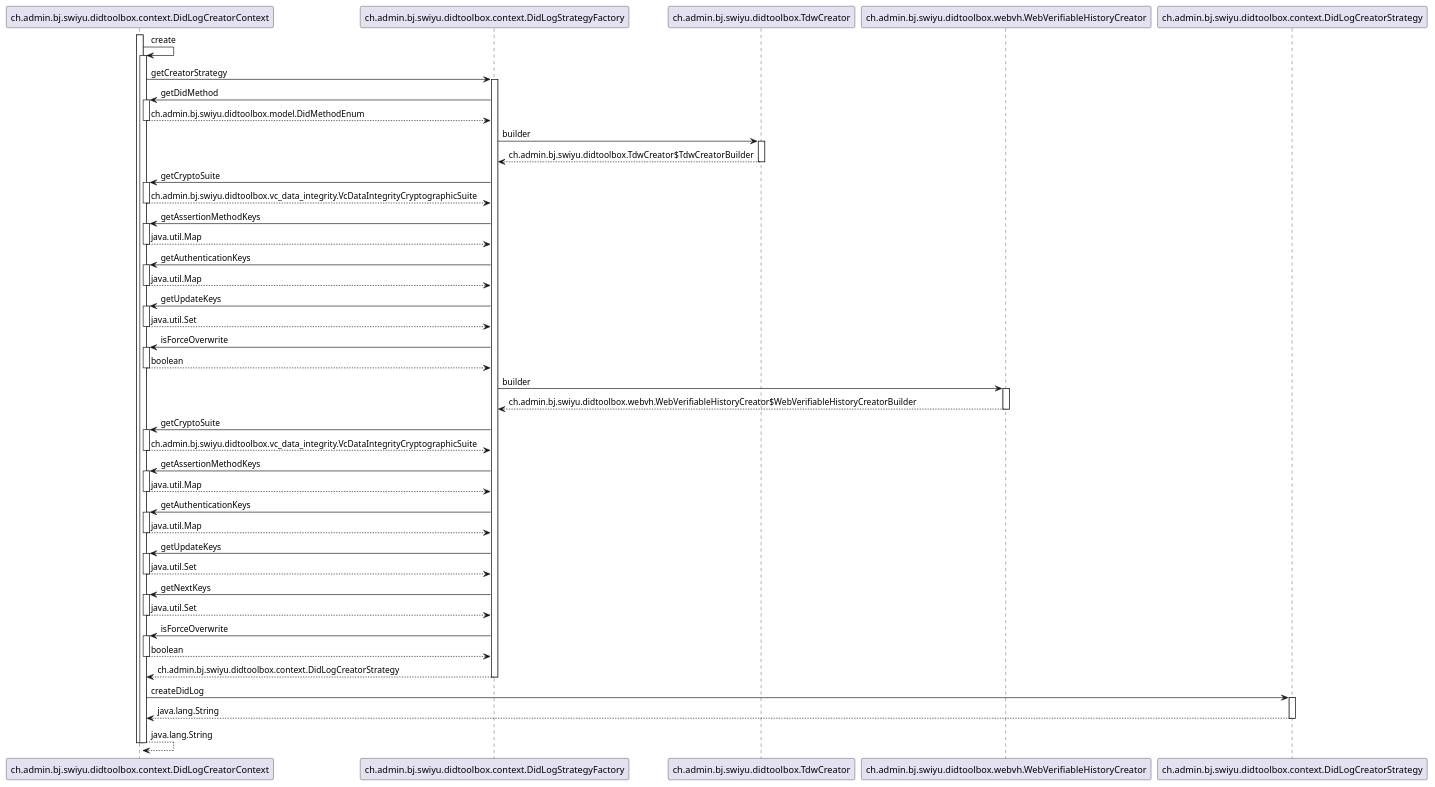
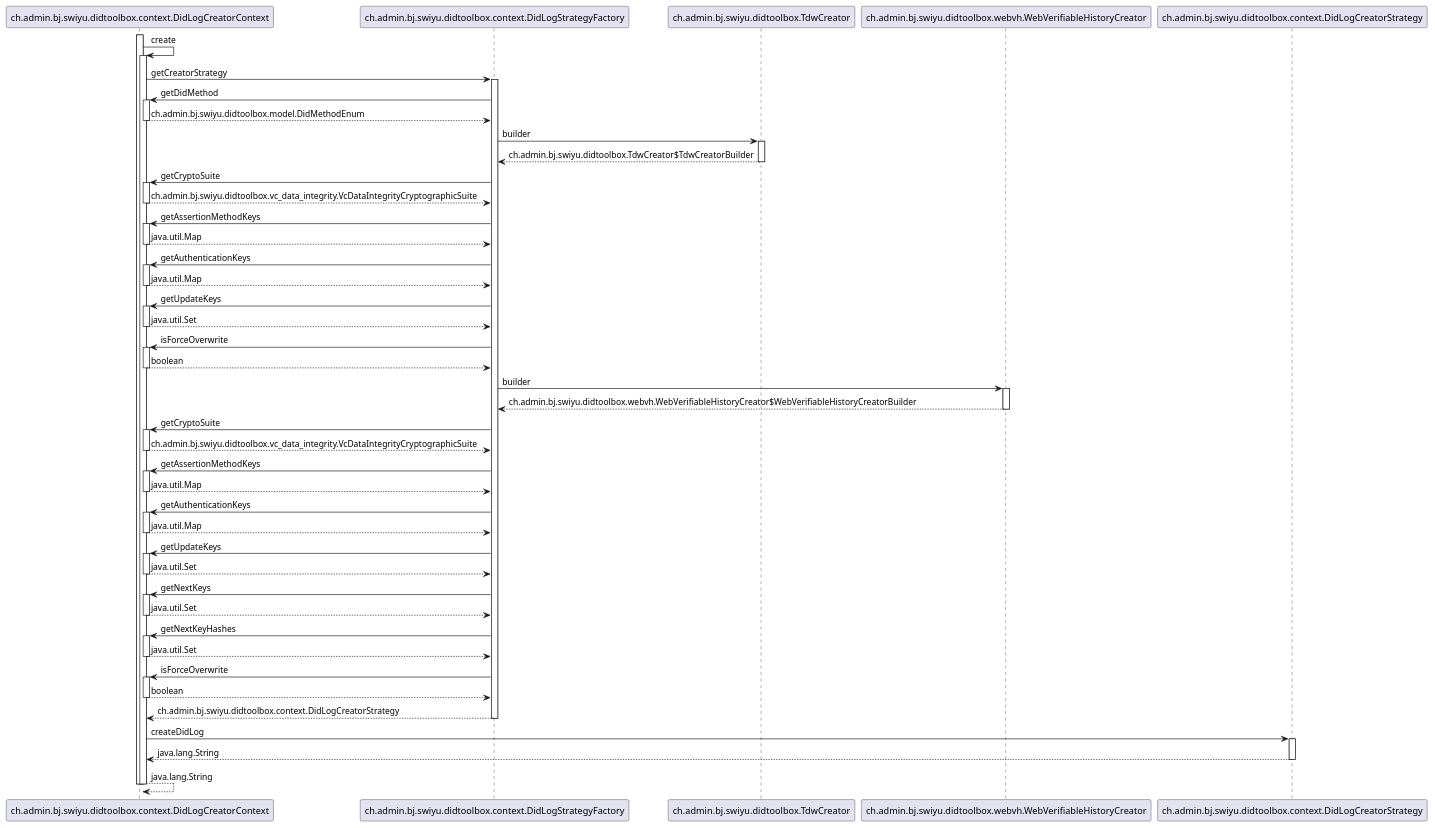
Before and after one commit to swiyu-admin-ch/didtoolbox-java: the diagram in src/main/plantuml/DidLogCreatorContext-create.puml, drawn with PlantUML. The commit also changed 21 other files, not shown here.

Commit message:
EIDOMNI-450: nextKeyHashes(Set<NextKeyHashSource>) class member introduced for DidLog[Creator|Updater]Context

```diff
--- a/src/main/plantuml/DidLogCreatorContext-create.puml
+++ b/src/main/plantuml/DidLogCreatorContext-create.puml
@@ -2,80 +2,84 @@
 @startuml
 
 participant ch.admin.bj.swiyu.didtoolbox.context.DidLogCreatorContext
 participant ch.admin.bj.swiyu.didtoolbox.context.DidLogStrategyFactory
 participant ch.admin.bj.swiyu.didtoolbox.TdwCreator
 participant ch.admin.bj.swiyu.didtoolbox.webvh.WebVerifiableHistoryCreator
 participant ch.admin.bj.swiyu.didtoolbox.context.DidLogCreatorStrategy
 
 activate ch.admin.bj.swiyu.didtoolbox.context.DidLogCreatorContext
 	ch.admin.bj.swiyu.didtoolbox.context.DidLogCreatorContext -> ch.admin.bj.swiyu.didtoolbox.context.DidLogCreatorContext : create
 	activate ch.admin.bj.swiyu.didtoolbox.context.DidLogCreatorContext
 		ch.admin.bj.swiyu.didtoolbox.context.DidLogCreatorContext -> ch.admin.bj.swiyu.didtoolbox.context.DidLogStrategyFactory : getCreatorStrategy
 		activate ch.admin.bj.swiyu.didtoolbox.context.DidLogStrategyFactory
 			ch.admin.bj.swiyu.didtoolbox.context.DidLogStrategyFactory -> ch.admin.bj.swiyu.didtoolbox.context.DidLogCreatorContext : getDidMethod
 			activate ch.admin.bj.swiyu.didtoolbox.context.DidLogCreatorContext
 				ch.admin.bj.swiyu.didtoolbox.context.DidLogCreatorContext --> ch.admin.bj.swiyu.didtoolbox.context.DidLogStrategyFactory : ch.admin.bj.swiyu.didtoolbox.model.DidMethodEnum
 			deactivate ch.admin.bj.swiyu.didtoolbox.context.DidLogCreatorContext
 			ch.admin.bj.swiyu.didtoolbox.context.DidLogStrategyFactory -> ch.admin.bj.swiyu.didtoolbox.TdwCreator : builder
 			activate ch.admin.bj.swiyu.didtoolbox.TdwCreator
 				ch.admin.bj.swiyu.didtoolbox.TdwCreator --> ch.admin.bj.swiyu.didtoolbox.context.DidLogStrategyFactory : ch.admin.bj.swiyu.didtoolbox.TdwCreator$TdwCreatorBuilder
 			deactivate ch.admin.bj.swiyu.didtoolbox.TdwCreator
 			ch.admin.bj.swiyu.didtoolbox.context.DidLogStrategyFactory -> ch.admin.bj.swiyu.didtoolbox.context.DidLogCreatorContext : getCryptoSuite
 			activate ch.admin.bj.swiyu.didtoolbox.context.DidLogCreatorContext
 				ch.admin.bj.swiyu.didtoolbox.context.DidLogCreatorContext --> ch.admin.bj.swiyu.didtoolbox.context.DidLogStrategyFactory : ch.admin.bj.swiyu.didtoolbox.vc_data_integrity.VcDataIntegrityCryptographicSuite
 			deactivate ch.admin.bj.swiyu.didtoolbox.context.DidLogCreatorContext
 			ch.admin.bj.swiyu.didtoolbox.context.DidLogStrategyFactory -> ch.admin.bj.swiyu.didtoolbox.context.DidLogCreatorContext : getAssertionMethodKeys
 			activate ch.admin.bj.swiyu.didtoolbox.context.DidLogCreatorContext
 				ch.admin.bj.swiyu.didtoolbox.context.DidLogCreatorContext --> ch.admin.bj.swiyu.didtoolbox.context.DidLogStrategyFactory : java.util.Map
 			deactivate ch.admin.bj.swiyu.didtoolbox.context.DidLogCreatorContext
 			ch.admin.bj.swiyu.didtoolbox.context.DidLogStrategyFactory -> ch.admin.bj.swiyu.didtoolbox.context.DidLogCreatorContext : getAuthenticationKeys
 			activate ch.admin.bj.swiyu.didtoolbox.context.DidLogCreatorContext
 				ch.admin.bj.swiyu.didtoolbox.context.DidLogCreatorContext --> ch.admin.bj.swiyu.didtoolbox.context.DidLogStrategyFactory : java.util.Map
 			deactivate ch.admin.bj.swiyu.didtoolbox.context.DidLogCreatorContext
 			ch.admin.bj.swiyu.didtoolbox.context.DidLogStrategyFactory -> ch.admin.bj.swiyu.didtoolbox.context.DidLogCreatorContext : getUpdateKeys
 			activate ch.admin.bj.swiyu.didtoolbox.context.DidLogCreatorContext
 				ch.admin.bj.swiyu.didtoolbox.context.DidLogCreatorContext --> ch.admin.bj.swiyu.didtoolbox.context.DidLogStrategyFactory : java.util.Set
 			deactivate ch.admin.bj.swiyu.didtoolbox.context.DidLogCreatorContext
 			ch.admin.bj.swiyu.didtoolbox.context.DidLogStrategyFactory -> ch.admin.bj.swiyu.didtoolbox.context.DidLogCreatorContext : isForceOverwrite
 			activate ch.admin.bj.swiyu.didtoolbox.context.DidLogCreatorContext
 				ch.admin.bj.swiyu.didtoolbox.context.DidLogCreatorContext --> ch.admin.bj.swiyu.didtoolbox.context.DidLogStrategyFactory : boolean
 			deactivate ch.admin.bj.swiyu.didtoolbox.context.DidLogCreatorContext
 			ch.admin.bj.swiyu.didtoolbox.context.DidLogStrategyFactory -> ch.admin.bj.swiyu.didtoolbox.webvh.WebVerifiableHistoryCreator : builder
 			activate ch.admin.bj.swiyu.didtoolbox.webvh.WebVerifiableHistoryCreator
 				ch.admin.bj.swiyu.didtoolbox.webvh.WebVerifiableHistoryCreator --> ch.admin.bj.swiyu.didtoolbox.context.DidLogStrategyFactory : ch.admin.bj.swiyu.didtoolbox.webvh.WebVerifiableHistoryCreator$WebVerifiableHistoryCreatorBuilder
 			deactivate ch.admin.bj.swiyu.didtoolbox.webvh.WebVerifiableHistoryCreator
 			ch.admin.bj.swiyu.didtoolbox.context.DidLogStrategyFactory -> ch.admin.bj.swiyu.didtoolbox.context.DidLogCreatorContext : getCryptoSuite
 			activate ch.admin.bj.swiyu.didtoolbox.context.DidLogCreatorContext
 				ch.admin.bj.swiyu.didtoolbox.context.DidLogCreatorContext --> ch.admin.bj.swiyu.didtoolbox.context.DidLogStrategyFactory : ch.admin.bj.swiyu.didtoolbox.vc_data_integrity.VcDataIntegrityCryptographicSuite
 			deactivate ch.admin.bj.swiyu.didtoolbox.context.DidLogCreatorContext
 			ch.admin.bj.swiyu.didtoolbox.context.DidLogStrategyFactory -> ch.admin.bj.swiyu.didtoolbox.context.DidLogCreatorContext : getAssertionMethodKeys
 			activate ch.admin.bj.swiyu.didtoolbox.context.DidLogCreatorContext
 				ch.admin.bj.swiyu.didtoolbox.context.DidLogCreatorContext --> ch.admin.bj.swiyu.didtoolbox.context.DidLogStrategyFactory : java.util.Map
 			deactivate ch.admin.bj.swiyu.didtoolbox.context.DidLogCreatorContext
 			ch.admin.bj.swiyu.didtoolbox.context.DidLogStrategyFactory -> ch.admin.bj.swiyu.didtoolbox.context.DidLogCreatorContext : getAuthenticationKeys
 			activate ch.admin.bj.swiyu.didtoolbox.context.DidLogCreatorContext
 				ch.admin.bj.swiyu.didtoolbox.context.DidLogCreatorContext --> ch.admin.bj.swiyu.didtoolbox.context.DidLogStrategyFactory : java.util.Map
 			deactivate ch.admin.bj.swiyu.didtoolbox.context.DidLogCreatorContext
 			ch.admin.bj.swiyu.didtoolbox.context.DidLogStrategyFactory -> ch.admin.bj.swiyu.didtoolbox.context.DidLogCreatorContext : getUpdateKeys
 			activate ch.admin.bj.swiyu.didtoolbox.context.DidLogCreatorContext
 				ch.admin.bj.swiyu.didtoolbox.context.DidLogCreatorContext --> ch.admin.bj.swiyu.didtoolbox.context.DidLogStrategyFactory : java.util.Set
 			deactivate ch.admin.bj.swiyu.didtoolbox.context.DidLogCreatorContext
 			ch.admin.bj.swiyu.didtoolbox.context.DidLogStrategyFactory -> ch.admin.bj.swiyu.didtoolbox.context.DidLogCreatorContext : getNextKeys
 			activate ch.admin.bj.swiyu.didtoolbox.context.DidLogCreatorContext
 				ch.admin.bj.swiyu.didtoolbox.context.DidLogCreatorContext --> ch.admin.bj.swiyu.didtoolbox.context.DidLogStrategyFactory : java.util.Set
 			deactivate ch.admin.bj.swiyu.didtoolbox.context.DidLogCreatorContext
+			ch.admin.bj.swiyu.didtoolbox.context.DidLogStrategyFactory -> ch.admin.bj.swiyu.didtoolbox.context.DidLogCreatorContext : getNextKeyHashes
+			activate ch.admin.bj.swiyu.didtoolbox.context.DidLogCreatorContext
+				ch.admin.bj.swiyu.didtoolbox.context.DidLogCreatorContext --> ch.admin.bj.swiyu.didtoolbox.context.DidLogStrategyFactory : java.util.Set
+			deactivate ch.admin.bj.swiyu.didtoolbox.context.DidLogCreatorContext
 			ch.admin.bj.swiyu.didtoolbox.context.DidLogStrategyFactory -> ch.admin.bj.swiyu.didtoolbox.context.DidLogCreatorContext : isForceOverwrite
 			activate ch.admin.bj.swiyu.didtoolbox.context.DidLogCreatorContext
 				ch.admin.bj.swiyu.didtoolbox.context.DidLogCreatorContext --> ch.admin.bj.swiyu.didtoolbox.context.DidLogStrategyFactory : boolean
 			deactivate ch.admin.bj.swiyu.didtoolbox.context.DidLogCreatorContext
 			ch.admin.bj.swiyu.didtoolbox.context.DidLogStrategyFactory --> ch.admin.bj.swiyu.didtoolbox.context.DidLogCreatorContext : ch.admin.bj.swiyu.didtoolbox.context.DidLogCreatorStrategy
 		deactivate ch.admin.bj.swiyu.didtoolbox.context.DidLogStrategyFactory
 		ch.admin.bj.swiyu.didtoolbox.context.DidLogCreatorContext -> ch.admin.bj.swiyu.didtoolbox.context.DidLogCreatorStrategy : createDidLog
 		activate ch.admin.bj.swiyu.didtoolbox.context.DidLogCreatorStrategy
 			ch.admin.bj.swiyu.didtoolbox.context.DidLogCreatorStrategy --> ch.admin.bj.swiyu.didtoolbox.context.DidLogCreatorContext : java.lang.String
 		deactivate ch.admin.bj.swiyu.didtoolbox.context.DidLogCreatorStrategy
 		ch.admin.bj.swiyu.didtoolbox.context.DidLogCreatorContext --> ch.admin.bj.swiyu.didtoolbox.context.DidLogCreatorContext : java.lang.String
 	deactivate ch.admin.bj.swiyu.didtoolbox.context.DidLogCreatorContext
 deactivate ch.admin.bj.swiyu.didtoolbox.context.DidLogCreatorContext
 
 @enduml
```
